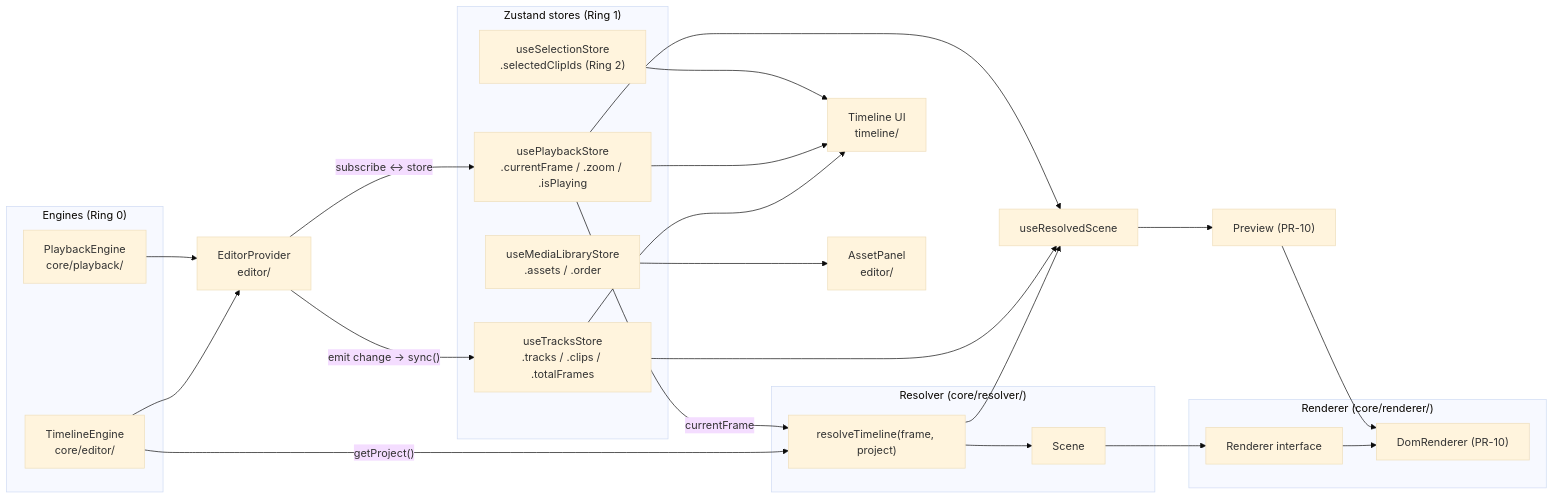
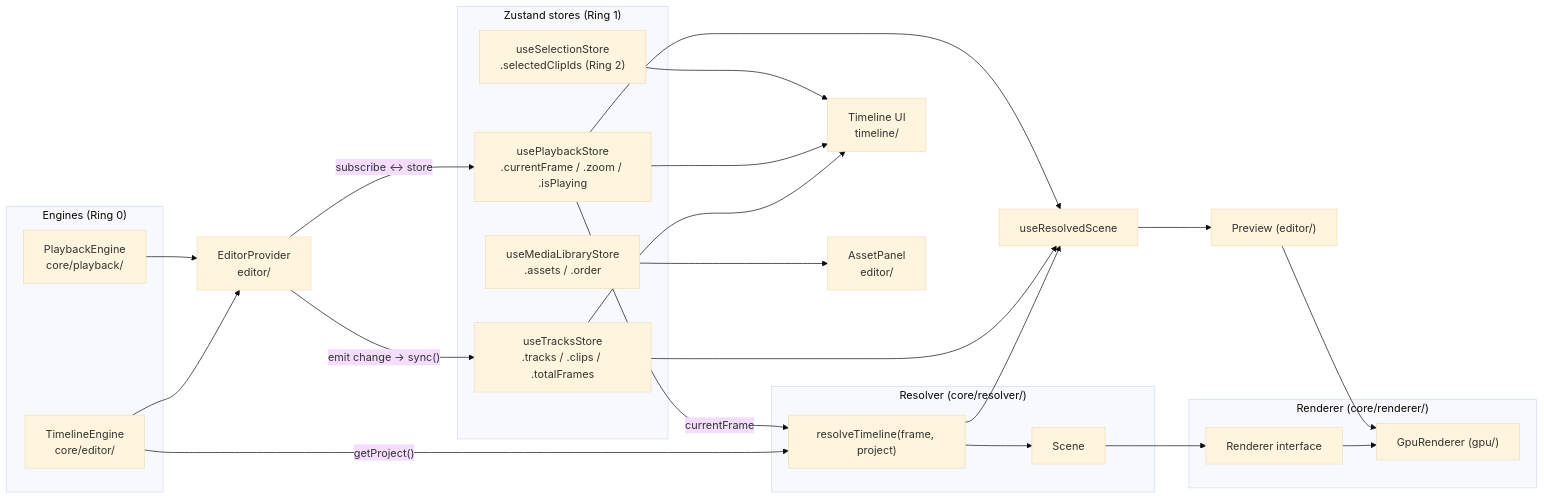
Before and after one commit to elahlabs/elah: the third of 3 diagrams in ARCHITECTURE.md, drawn with Mermaid (base theme). The commit also changed other lines of this file and 32 other files, not shown here.

First line of the commit message:
refactor(renderer): remove OPTIMIZATION.md, update README and architecture documentation

````diff
--- a/ARCHITECTURE.md
+++ b/ARCHITECTURE.md
@@ -444,46 +462,46 @@
 ```mermaid
 flowchart LR
   subgraph engines ["Engines (Ring 0)"]
     TE["TimelineEngine\ncore/editor/"]
     PE["PlaybackEngine\ncore/playback/"]
   end
 
   subgraph stores ["Zustand stores (Ring 1)"]
     TS["useTracksStore\n.tracks / .clips / .totalFrames"]
     PS["usePlaybackStore\n.currentFrame / .zoom / .isPlaying"]
     MS["useMediaLibraryStore\n.assets / .order"]
     SS["useSelectionStore\n.selectedClipIds (Ring 2)"]
   end
 
   subgraph resolver ["Resolver (core/resolver/)"]
     RT["resolveTimeline(frame, project)"]
     SC["Scene"]
   end
 
   subgraph rendererLayer ["Renderer (core/renderer/)"]
     RI["Renderer interface"]
-    DR["DomRenderer (PR-10)"]
+    DR["GpuRenderer (gpu/)"]
   end
 
   EP["EditorProvider\neditor/"]
 
   TE --> EP
   PE --> EP
   EP -->|"emit change → sync()"| TS
   EP -->|"subscribe ↔ store"| PS
   TE -->|"getProject()"| RT
   PS -->|"currentFrame"| RT
   RT --> SC
   SC --> RI
   RI --> DR
 
   TS --> TL["Timeline UI\ntimeline/"]
   PS --> TL
   SS --> TL
   MS --> AP["AssetPanel\neditor/"]
   TS --> URS["useResolvedScene"]
   PS --> URS
   RT --> URS
-  URS --> PV["Preview (PR-10)"]
+  URS --> PV["Preview (editor/)"]
   PV --> DR
 ```
````
